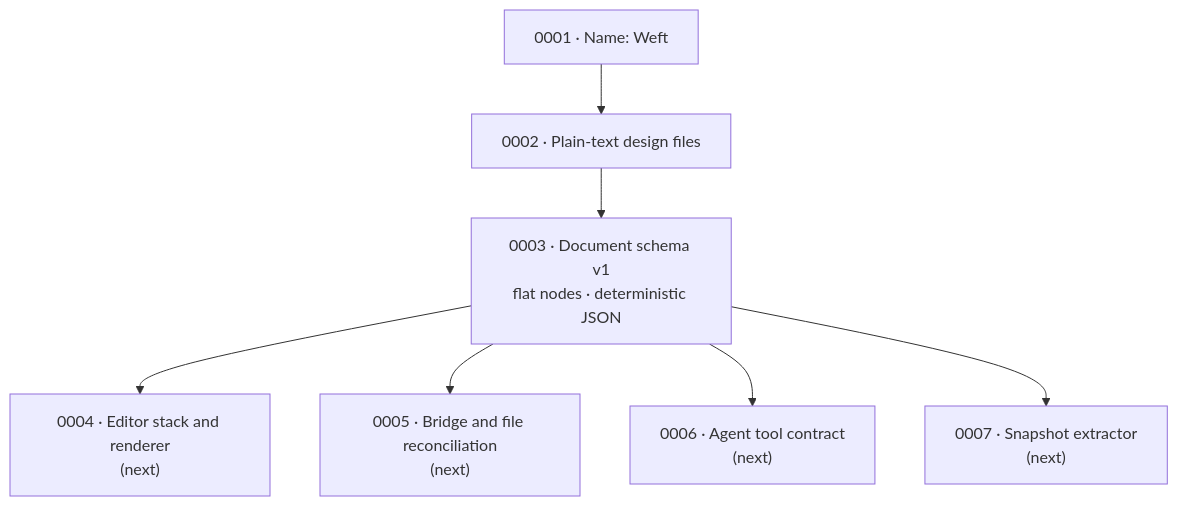
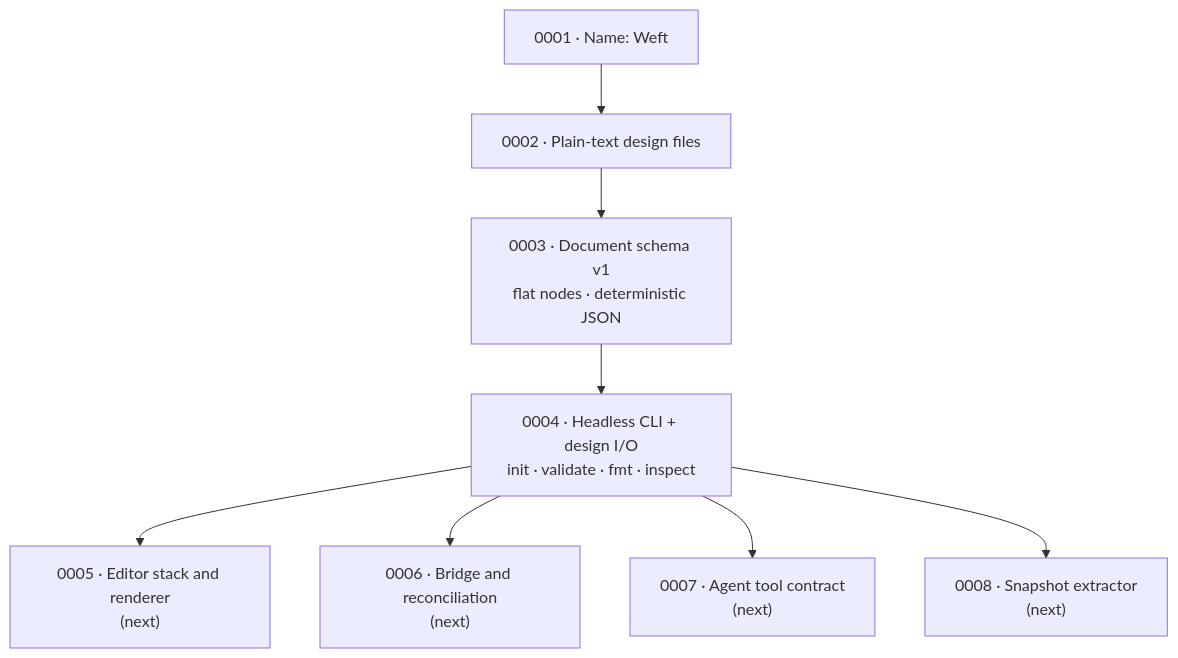
One commit to Pranesh-Selvaraj/Weft changed the diagram in docs/decisions/README.md. Above: the diagram before and after it, drawn with Mermaid. The commit also changed other lines of this file and 30 other files, not shown here.

First line of the commit message:
Add the headless weft CLI and design I/O layer

````diff
--- a/docs/decisions/README.md
+++ b/docs/decisions/README.md
@@ -26,9 +27,10 @@
 ```mermaid
 graph TD
     A["0001 · Name: Weft"] --> B["0002 · Plain-text design files"]
     B --> C["0003 · Document schema v1<br/>flat nodes · deterministic JSON"]
-    C --> D["0004 · Editor stack and renderer<br/>(next)"]
-    C --> E["0005 · Bridge and file reconciliation<br/>(next)"]
-    C --> F["0006 · Agent tool contract<br/>(next)"]
-    C --> G["0007 · Snapshot extractor<br/>(next)"]
+    C --> D["0004 · Headless CLI + design I/O<br/>init · validate · fmt · inspect"]
+    D --> E["0005 · Editor stack and renderer<br/>(next)"]
+    D --> F["0006 · Bridge and reconciliation<br/>(next)"]
+    D --> G["0007 · Agent tool contract<br/>(next)"]
+    D --> H["0008 · Snapshot extractor<br/>(next)"]
 ```
````
